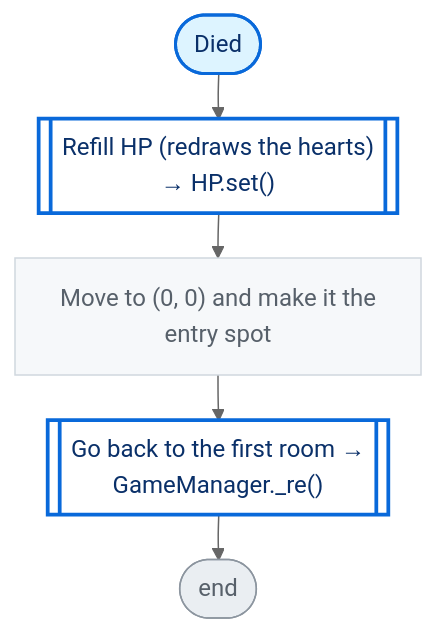
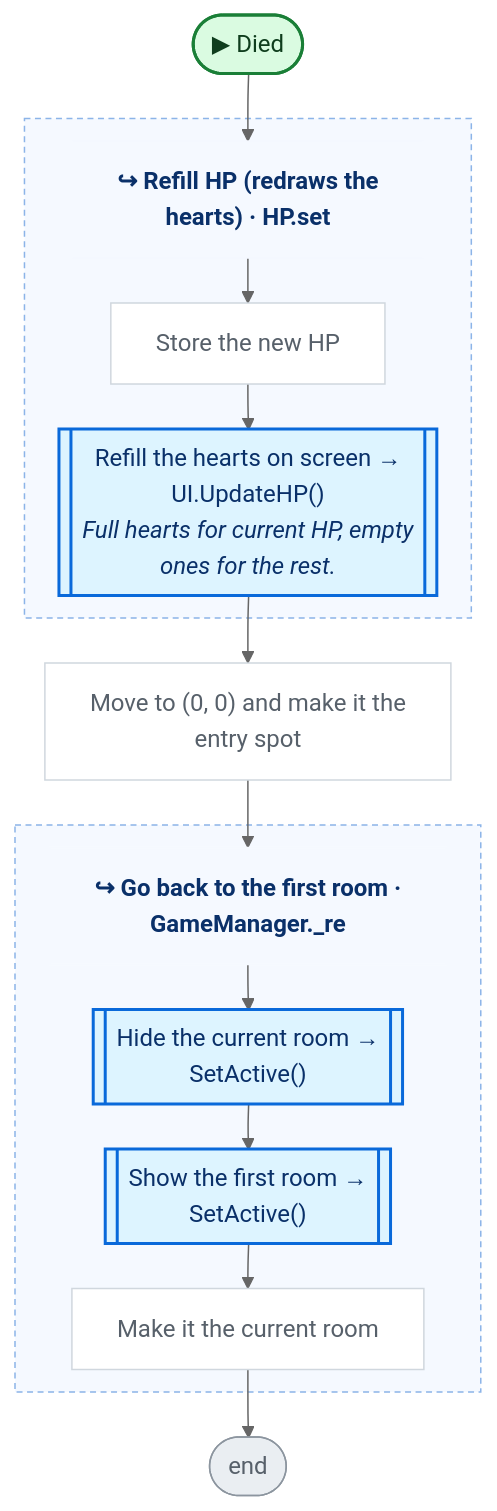
Diagram 11 of 15 in CodeGraph~/graph/Player.cs.md (nataiai/Lord-of-the-Dungeon), drawn with Mermaid (neutral theme) before and after one commit. The commit also changed other lines of this file and 44 other files, not shown here.

````diff
--- a/CodeGraph~/graph/Player.cs.md
+++ b/CodeGraph~/graph/Player.cs.md
@@ -556,33 +636,61 @@
 ```mermaid
 ---
 config:
   flowchart:
     wrappingWidth: 260
     nodeSpacing: 26
     rankSpacing: 30
 ---
 flowchart TD
-  nS(["Died"])
-  n104384[["Refill HP (redraws the hearts)<br>→ HP.set()"]]
+  nS(["▶ Died"])
+  n104384_h["↪ Refill HP (redraws the<br>hearts) · HP.set"]
+  n104384_n4250c3["Store the new HP"]
+  n104384_n737072[["Refill the hearts on screen →<br>UI.UpdateHP()<br><i>Full hearts for current HP, empty</i><br><i>ones for the rest.</i>"]]
   nbe62ae["Move to (0, 0) and make it the<br>entry spot"]
-  nbdc250[["Go back to the first room →<br>GameManager._re()"]]
+  nbdc250_h["↪ Go back to the first room ·<br>GameManager._re"]
+  nbdc250_ncb80a4[["Hide the current room →<br>SetActive()"]]
+  nbdc250_n69c3da[["Show the first room →<br>SetActive()"]]
+  nbdc250_ncd1439["Make it the current room"]
   nE(["end"])
-  nS --> n104384
-  n104384 --> nbe62ae
-  nbe62ae --> nbdc250
-  nbdc250 --> nE
-  classDef unity fill:#fff1c2,stroke:#9a6700,stroke-width:2px,color:#3b2300
-  classDef start fill:#ddf4ff,stroke:#0969da,stroke-width:2px,color:#0a3069
-  classDef calc fill:#f6f8fa,stroke:#d0d7de,color:#57606a
-  classDef calls fill:#ffffff,stroke:#0969da,stroke-width:2.5px,color:#0a3069
-  classDef cond fill:#ffffff,stroke:#6e7781,stroke-width:1.5px,color:#1f2328
-  classDef loop fill:#fbefff,stroke:#8250df,color:#3e1f79
-  classDef exit fill:#eaeef2,stroke:#57606a,color:#24292f
-  classDef wait fill:#fff8f0,stroke:#bc4c00,color:#4d1d00
+  subgraph n104384_g[" "]
+    n104384_h
+    n104384_n4250c3
+    n104384_n737072
+  end
+  style n104384_g fill:#f5f9ff,stroke:#8cb4e8,stroke-dasharray:4 3,color:#0a3069
+  subgraph nbdc250_g[" "]
+    nbdc250_h
+    nbdc250_ncb80a4
+    nbdc250_n69c3da
+    nbdc250_ncd1439
+  end
+  style nbdc250_g fill:#f5f9ff,stroke:#8cb4e8,stroke-dasharray:4 3,color:#0a3069
+  nS --> n104384_h
+  nbe62ae --> nbdc250_h
+  n104384_h --> n104384_n4250c3
+  n104384_n4250c3 --> n104384_n737072
+  n104384_n737072 --> nbe62ae
+  nbdc250_h --> nbdc250_ncb80a4
+  nbdc250_ncb80a4 --> nbdc250_n69c3da
+  nbdc250_n69c3da --> nbdc250_ncd1439
+  nbdc250_ncd1439 --> nE
+  classDef unity fill:#dafbe1,stroke:#1a7f37,stroke-width:2px,color:#0f3d1d
+  classDef start fill:#dafbe1,stroke:#1a7f37,stroke-width:2px,color:#0f3d1d
+  classDef calc fill:#ffffff,stroke:#d0d7de,color:#57606a
+  classDef calls fill:#ddf4ff,stroke:#0969da,stroke-width:2px,color:#0a3069
+  classDef ext fill:#ddf4ff,stroke:#0969da,stroke-width:2px,stroke-dasharray:5 3,color:#0a3069
+  classDef cond fill:#fff8c5,stroke:#bf8700,stroke-width:1.5px,color:#3d2a00
+  classDef loop fill:#f6f8fa,stroke:#57606a,color:#1f2328
+  classDef exit fill:#ffebe9,stroke:#cf222e,color:#82071e
+  classDef kill fill:#ffebe9,stroke:#cf222e,stroke-width:2px,color:#82071e
+  classDef spawn fill:#dafbe1,stroke:#1a7f37,stroke-width:2px,color:#0f3d1d
+  classDef wait fill:#fff1e5,stroke:#bc4c00,color:#4d1d00
   classDef fin fill:#eaeef2,stroke:#8c959f,color:#57606a
   classDef join fill:#d0d7de,stroke:#8c959f,color:#57606a
-  class nbe62ae calc
-  class n104384,nbdc250 calls
+  classDef ghdr fill:#f5f9ff,stroke:#f5f9ff,color:#0a3069,font-weight:bold
+  class n104384_n4250c3,nbe62ae,nbdc250_ncd1439 calc
+  class n104384_n737072,nbdc250_ncb80a4,nbdc250_n69c3da calls
   class nE fin
+  class n104384_h,nbdc250_h ghdr
   class nS start
 ```
````
